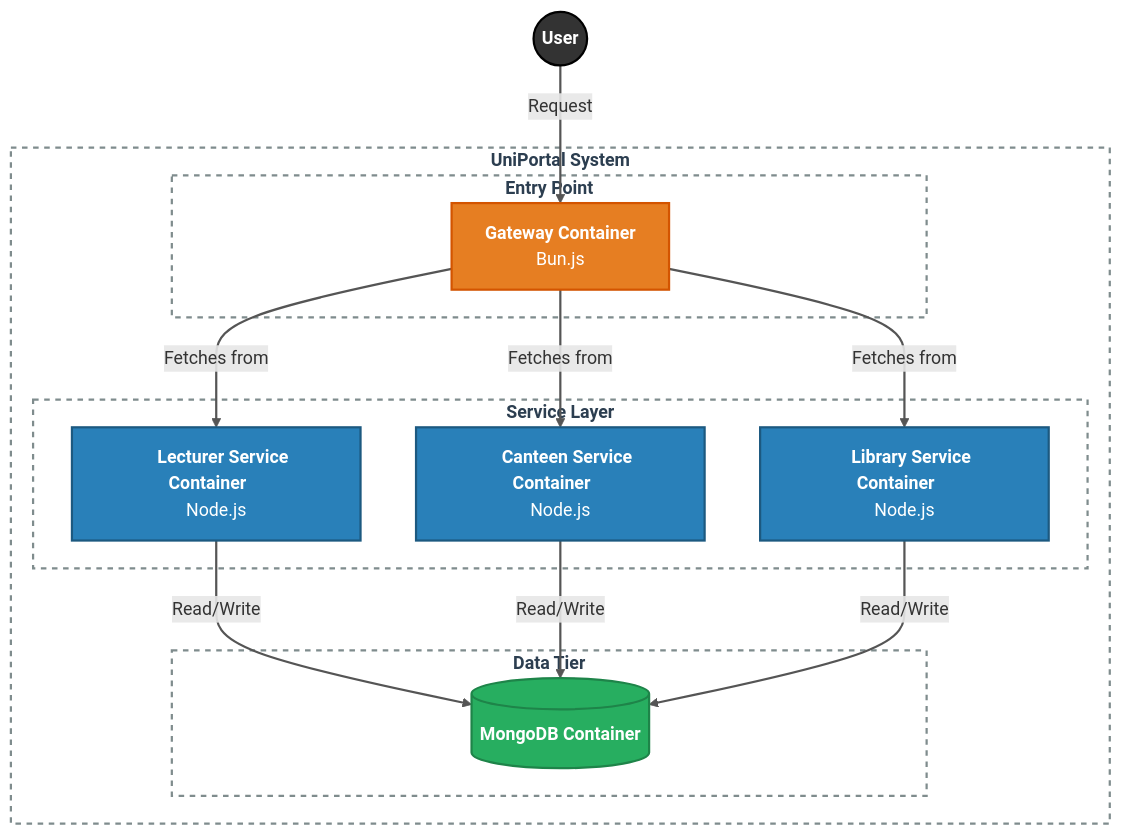
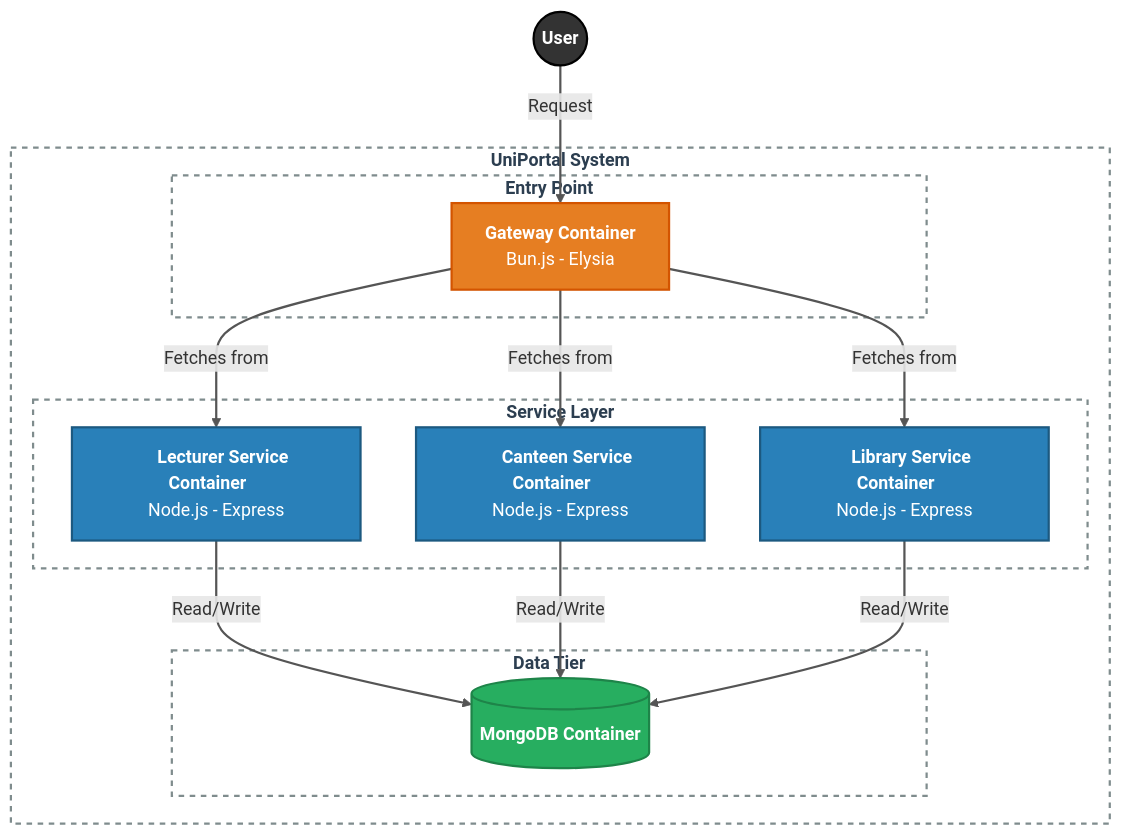
Before and after one commit to thaminuZs/uni-portal-microservices: the diagram in README.md, drawn with Mermaid.

Commit message:
md update 11

````diff
--- a/README.md
+++ b/README.md
@@ -3,49 +3,49 @@
 ```mermaid
 graph TD
     %% Class Definitions
     classDef userStyle fill:#333,stroke:#000,stroke-width:2px,color:#fff;
     classDef gatewayStyle fill:#E67E22,stroke:#D35400,stroke-width:2px,color:#fff;
     classDef serviceStyle fill:#2980B9,stroke:#1C5980,stroke-width:2px,color:#fff;
     classDef dbStyle fill:#27AE60,stroke:#1E8449,stroke-width:2px,color:#fff;
     classDef boundaryStyle fill:#ffffff,stroke:#7F8C8D,stroke-width:2px,stroke-dasharray: 5 5,color:#2C3E50;
 
     %% External User
     User((<b>User</b>)):::userStyle
 
     subgraph SystemBoundary ["<b>UniPortal System</b>"]
         
         subgraph Layer1 ["<b>Entry Point</b>"]
-            Gateway["<b>Gateway Container</b><br>Bun.js"]:::gatewayStyle
+            Gateway["<b>Gateway Container</b><br>Bun.js - Elysia"]:::gatewayStyle
         end
 
         subgraph Layer2 ["<b>Service Layer</b>"]
             %% Padded with &nbsp; to ensure uniform box sizing
-            Lecturer["&nbsp;&nbsp;&nbsp;&nbsp;<b>Lecturer Service Container</b>&nbsp;&nbsp;&nbsp;&nbsp;<br>Node.js"]:::serviceStyle
-            Canteen["&nbsp;&nbsp;&nbsp;&nbsp;<b>Canteen Service Container</b>&nbsp;&nbsp;&nbsp;&nbsp;<br>Node.js"]:::serviceStyle
-            Library["&nbsp;&nbsp;&nbsp;&nbsp;<b>Library Service Container</b>&nbsp;&nbsp;&nbsp;&nbsp;<br>Node.js"]:::serviceStyle
+            Lecturer["&nbsp;&nbsp;&nbsp;&nbsp;<b>Lecturer Service Container</b>&nbsp;&nbsp;&nbsp;&nbsp;<br>Node.js - Express"]:::serviceStyle
+            Canteen["&nbsp;&nbsp;&nbsp;&nbsp;<b>Canteen Service Container</b>&nbsp;&nbsp;&nbsp;&nbsp;<br>Node.js - Express"]:::serviceStyle
+            Library["&nbsp;&nbsp;&nbsp;&nbsp;<b>Library Service Container</b>&nbsp;&nbsp;&nbsp;&nbsp;<br>Node.js - Express"]:::serviceStyle
         end
 
         subgraph Layer3 ["<b>Data Tier</b>"]
             DB[("<b>MongoDB Container</b>")]:::dbStyle
         end
     end
 
     %% Communication Flow
     User -- "Request" --> Gateway
     
     Gateway -- "Fetches from" --> Lecturer
     Gateway -- "Fetches from" --> Canteen
     Gateway -- "Fetches from" --> Library
 
     Lecturer -- "Read/Write" --> DB
     Canteen -- "Read/Write" --> DB
     Library -- "Read/Write" --> DB
 
     %% Apply Style to Boundaries
     class SystemBoundary,Layer1,Layer2,Layer3 boundaryStyle
 
     %% FORCING ARROW VISIBILITY:
     %% This styles all lines to be thicker and dark gray/black to stand out against white backgrounds
     %% and remain visible on GitHub's dark mode.
     linkStyle default stroke:#555,stroke-width:2px;
 ```
````
